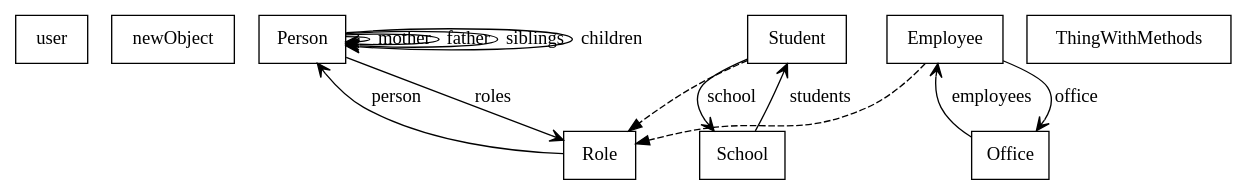
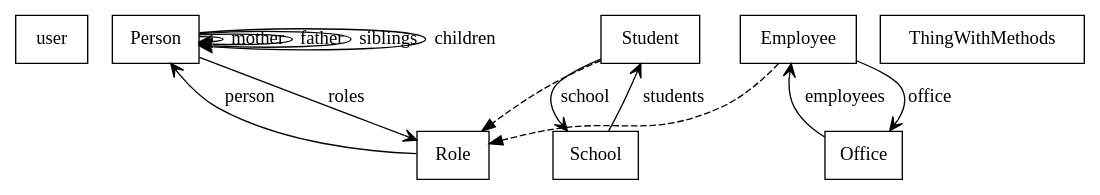
The diagram in src/examples/exampledatabase.dot (gittiver/litesql), drawn with Graphviz before and after one commit. The commit also changed 3 other files, not shown here.

```diff
--- a/src/examples/exampledatabase.dot
+++ b/src/examples/exampledatabase.dot
@@ -1,28 +1,27 @@
 digraph database {
   node[shape=box,color=black];
   subgraph inheritance {
     edge[style=dashed,dir=forward,arrowhead=normal];
     "user";
-    "newObject";
     "Person";
     "Role";
     "Student" -> "Role";
     "Employee" -> "Role";
     "School";
     "Office";
     "ThingWithMethods";
   }
   subgraph relations {
     edge[dir=forward,arrowhead=vee];
     "Person" -> "Person" [label="mother"];
     "Person" -> "Person" [label="father"];
     "Person" -> "Person" [label="siblings"];
     "Person" -> "Person" [label="children"];
     "Person" -> "Role" [label="roles"];
     "Role" -> "Person" [label="person"];
     "School" -> "Student" [label="students"];
     "Student" -> "School" [label="school"];
     "Employee" -> "Office" [label="office"];
     "Office" -> "Employee" [label="employees"];
   }
 }
```
